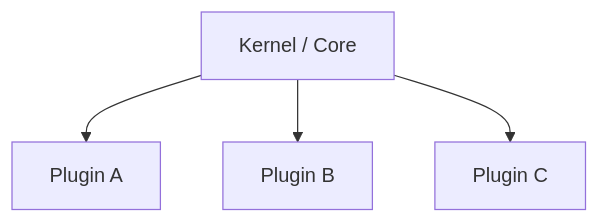
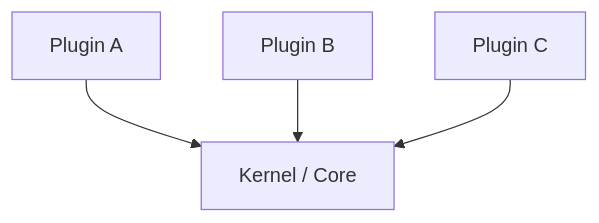
Before and after one commit to kholcomb/Architecture: the diagram in Patterns/implementation/microkernel/_index.md, drawn with Mermaid. The commit also changed 11 other files, not shown here.

Commit message:
diagram fixes

````diff
--- a/Patterns/implementation/microkernel/_index.md
+++ b/Patterns/implementation/microkernel/_index.md
@@ -12,7 +12,6 @@
 ```mermaid
 graph TD
-    K[Kernel / Core]
-    K --> P1[Plugin A]
-    K --> P2[Plugin B]
-    K --> P3[Plugin C]
+    P1[Plugin A] --> K[Kernel / Core]
+    P2[Plugin B] --> K
+    P3[Plugin C] --> K
 ```
````
